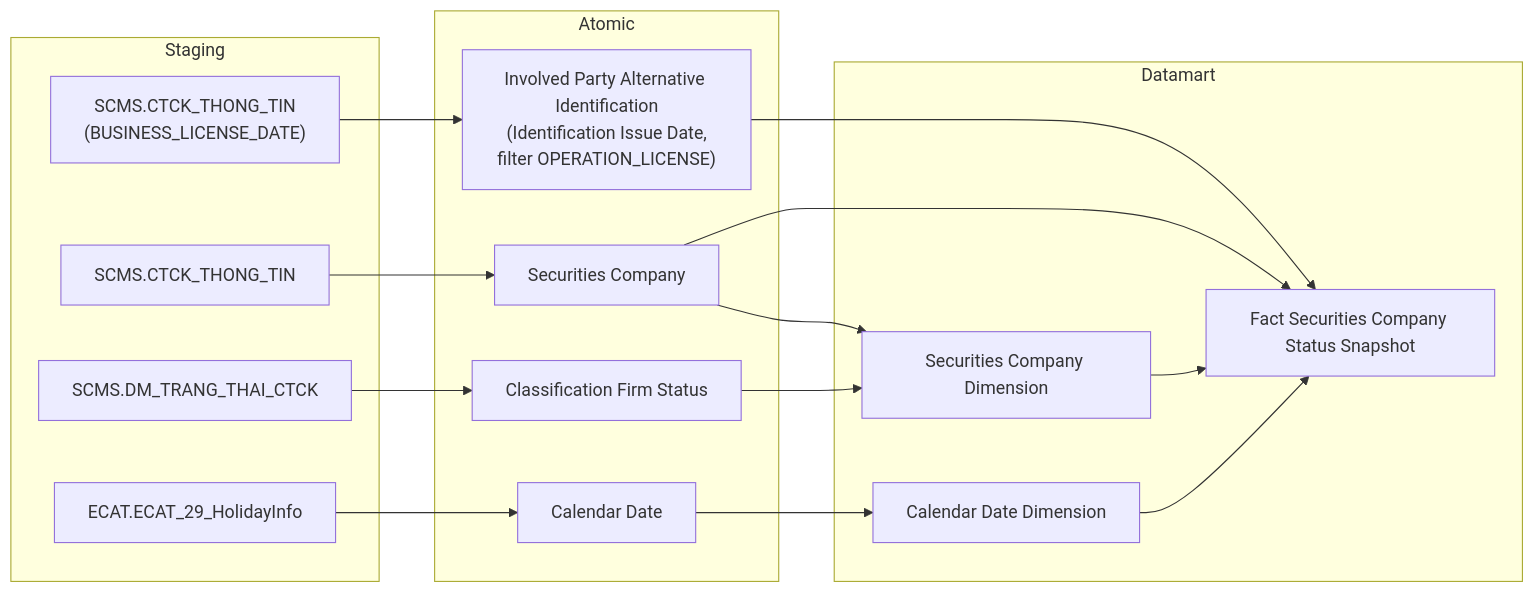
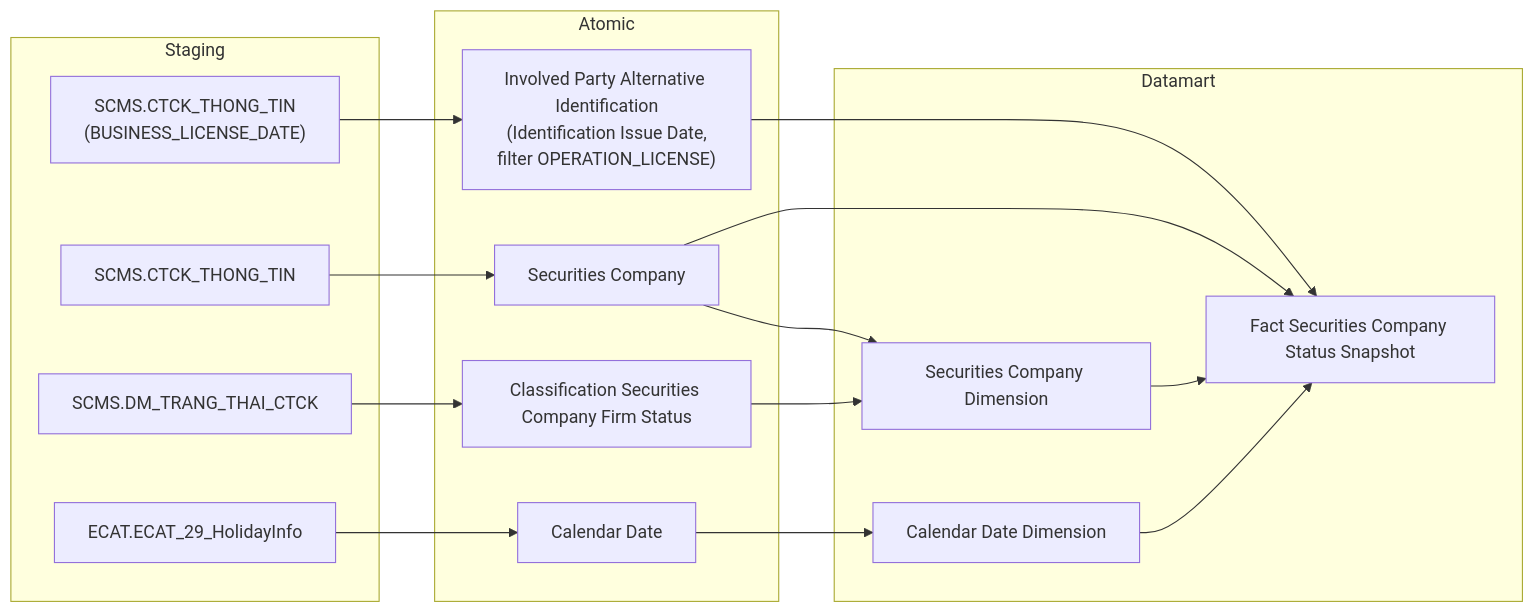
One commit to linhlvit/ubck_atomic_design changed the first of 39 diagrams in Datamart/hld/DTM_QLKD_HLD.md. Above: the diagram before and after it, drawn with Mermaid. The commit also changed other lines of this file and 18 other files, not shown here.

````diff
--- a/Datamart/hld/DTM_QLKD_HLD.md
+++ b/Datamart/hld/DTM_QLKD_HLD.md
@@ -23,36 +23,36 @@
 ```mermaid
 flowchart LR
     subgraph SRC["Staging"]
         S1["SCMS.CTCK_THONG_TIN"]
         S1b["SCMS.CTCK_THONG_TIN\n(BUSINESS_LICENSE_DATE)"]
         S4["SCMS.DM_TRANG_THAI_CTCK"]
         ECAT_ECAT_29_HolidayInfo["ECAT.ECAT_29_HolidayInfo"]
     end
 
     subgraph SIL["Atomic"]
         SV1["Securities Company"]
         SV1b["Involved Party Alternative Identification\n(Identification Issue Date,\nfilter OPERATION_LICENSE)"]
-        SV4["Classification Firm Status"]
+        SV4["Classification Securities Company Firm Status"]
         Calendar_Date["Calendar Date"]
     end
 
     subgraph GOLD["Datamart"]
         G1["Fact Securities Company Status Snapshot"]
         G2["Securities Company Dimension"]
         G3["Calendar Date Dimension"]
     end
 
     S1 --> SV1
     S1b --> SV1b
     S4 --> SV4
     ECAT_ECAT_29_HolidayInfo --> Calendar_Date
 
     SV1 --> G2
     SV4 --> G2
     SV1b --> G1
     SV1 --> G1
     Calendar_Date --> G3
 
     G2 --> G1
     G3 --> G1
 ```
````
